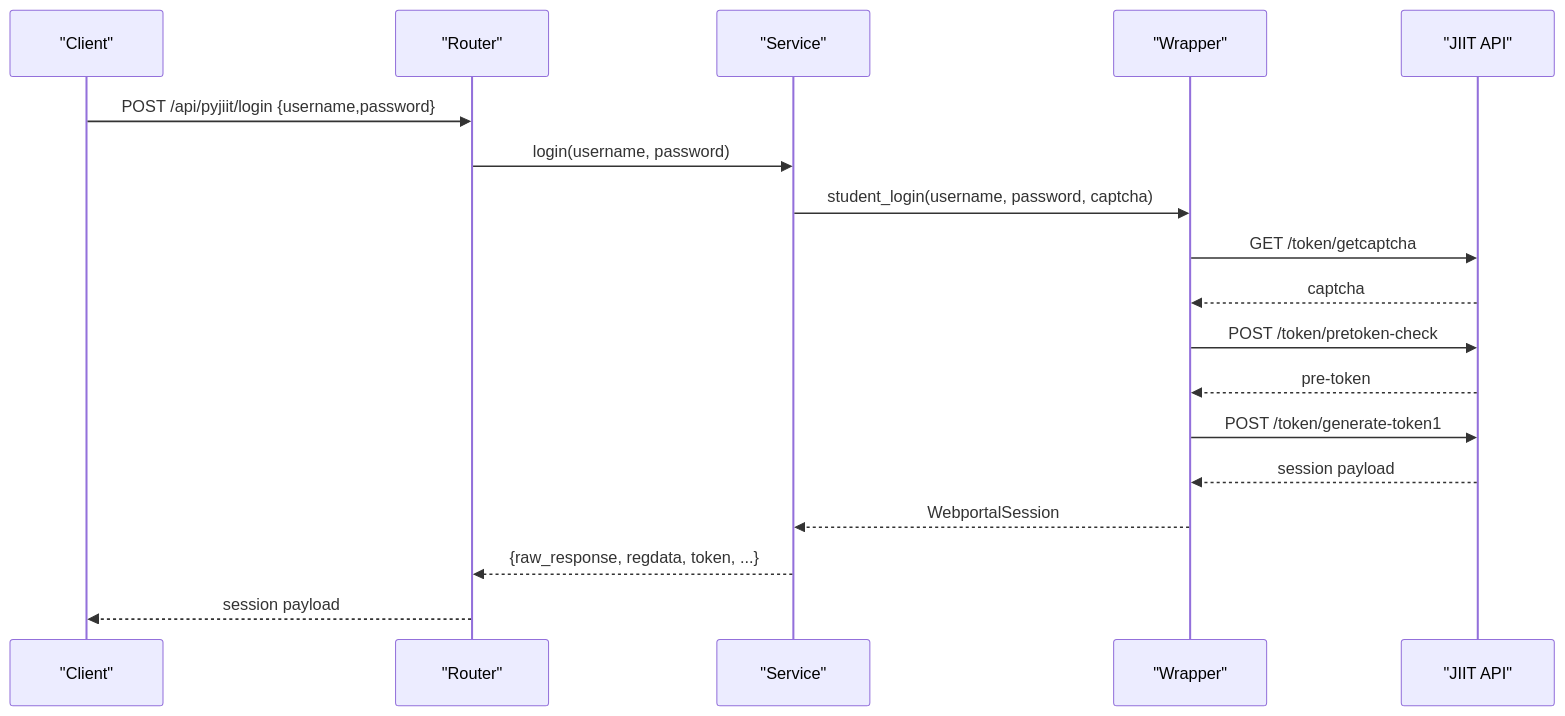
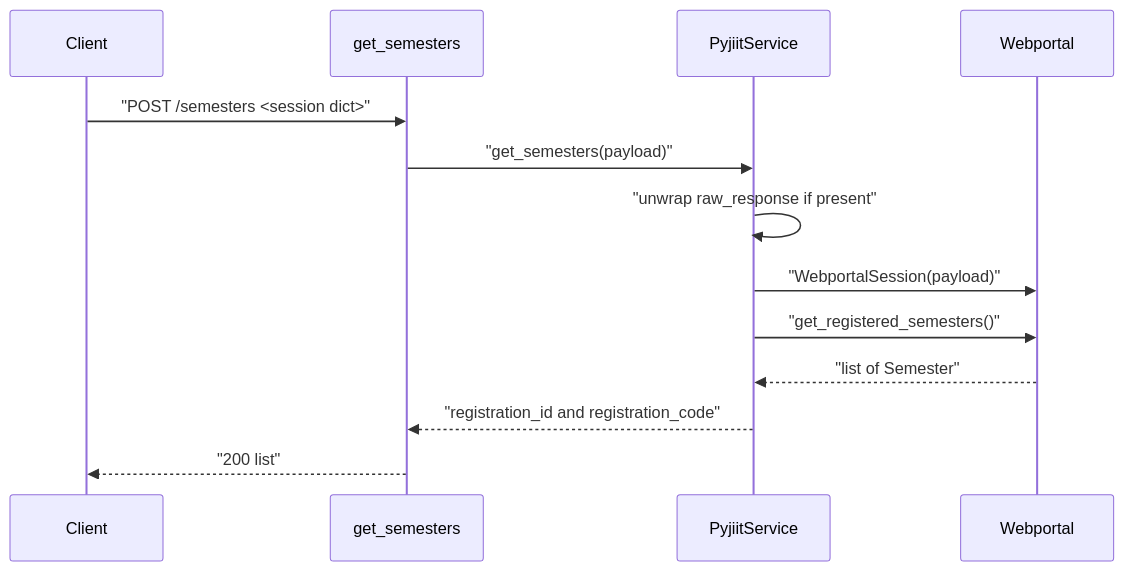
One commit to tashifkhan/tashif.codes changed the fourth of 6 diagrams in src/data/docs/agentic-browser/API Server/Academic Portal API.md. Above: the diagram before and after it, drawn with Mermaid. The commit also changed other lines of this file and 114 other files, not shown here.

````diff
--- a/src/data/docs/agentic-browser/API Server/Academic Portal API.md
+++ b/src/data/docs/agentic-browser/API Server/Academic Portal API.md
@@ -81,20 +127,15 @@
 ```mermaid
 sequenceDiagram
-participant C as "Client"
-participant R as "Router"
-participant S as "Service"
-participant W as "Wrapper"
-participant J as "JIIT API"
-C->>R : POST /api/pyjiit/login {username,password}
-R->>S : login(username, password)
-S->>W : student_login(username, password, captcha)
-W->>J : GET /token/getcaptcha
-J-->>W : captcha
-W->>J : POST /token/pretoken-check
-J-->>W : pre-token
-W->>J : POST /token/generate-token1
-J-->>W : session payload
-W-->>S : WebportalSession
-S-->>R : {raw_response, regdata, token, ...}
-R-->>C : session payload
+  participant C as Client
+  participant R as get_semesters
+  participant S as PyjiitService
+  participant W as Webportal
+  C->>R: "POST /semesters <session dict>"
+  R->>S: "get_semesters(payload)"
+  S->>S: "unwrap raw_response if present"
+  S->>W: "WebportalSession(payload)"
+  S->>W: "get_registered_semesters()"
+  W-->>S: "list of Semester"
+  S-->>R: "registration_id and registration_code"
+  R-->>C: "200 list"
 ```
````
